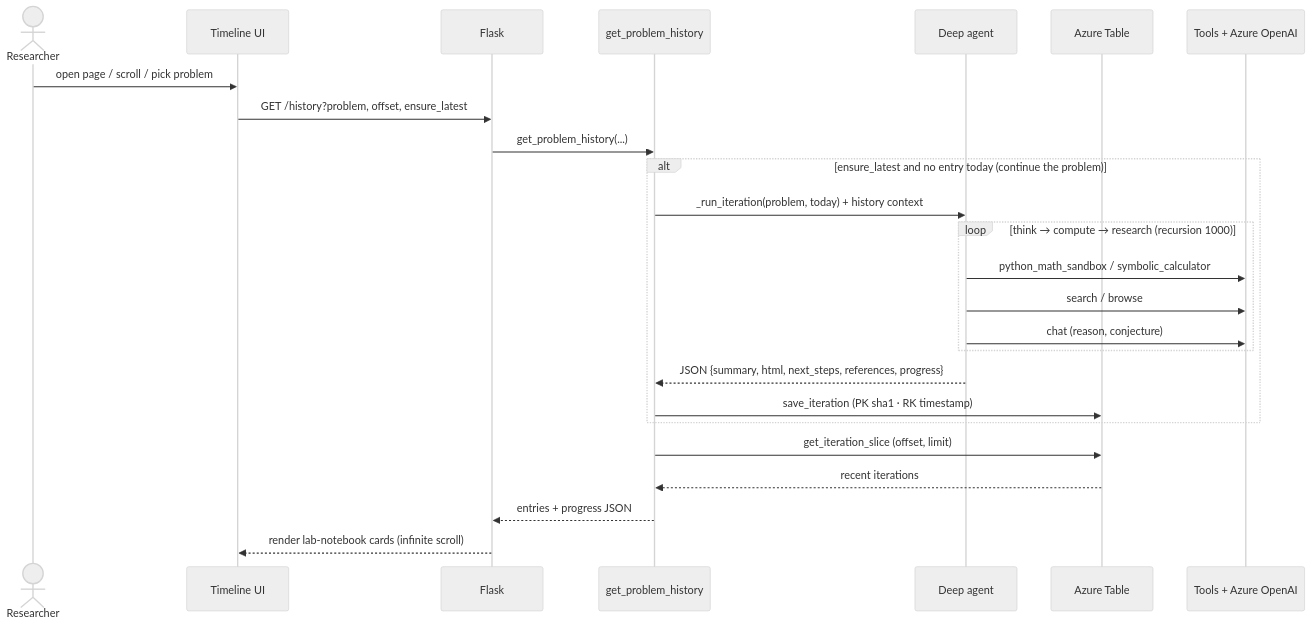
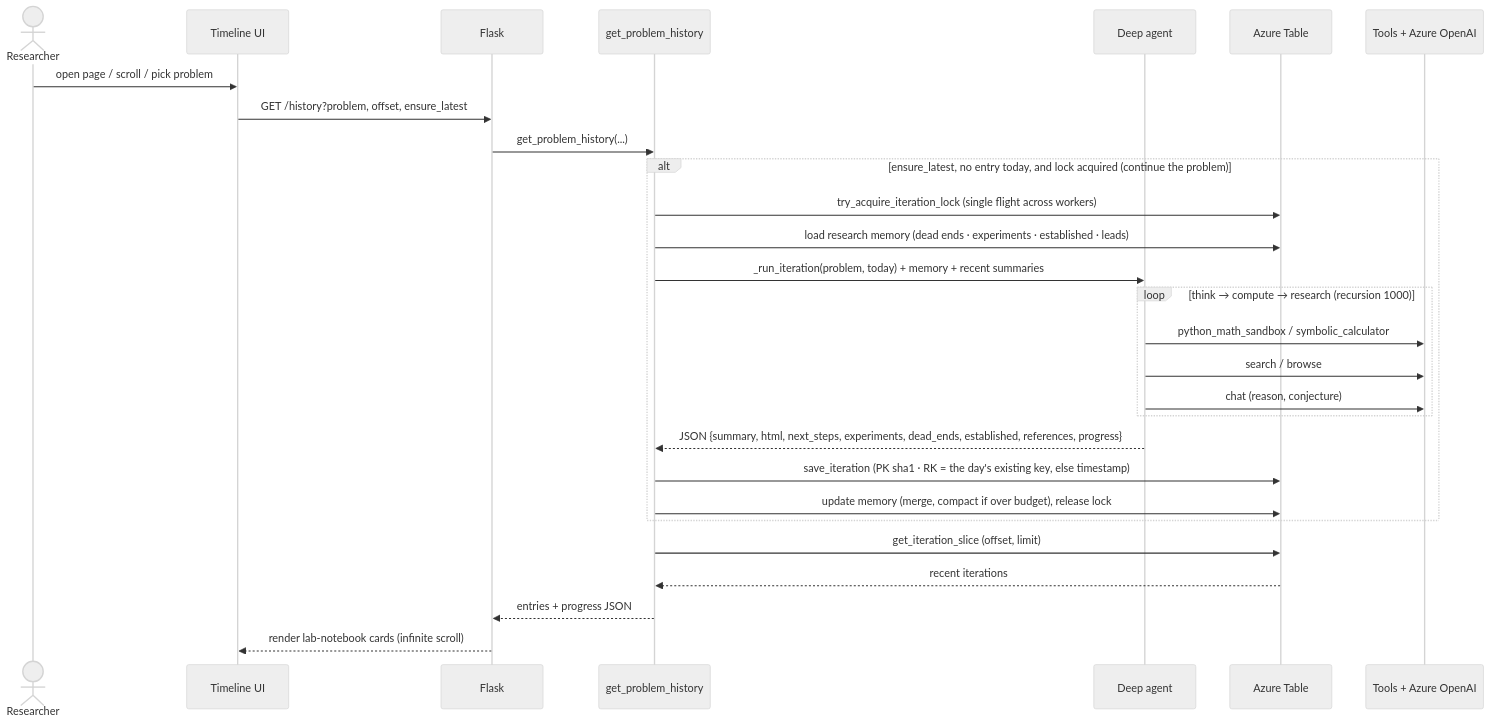
Before and after one commit to abozaralizadeh/SandBox: the second of 2 diagrams in AIOpenProblemSolver/architecture.md, drawn with Mermaid (neutral theme). The commit also changed other lines of this file and 5 other files, not shown here.

First line of the commit message:
Add research memory and iteration lock

````diff
--- a/AIOpenProblemSolver/architecture.md
+++ b/AIOpenProblemSolver/architecture.md
@@ -83,28 +85,31 @@
 ```mermaid
 sequenceDiagram
     actor U as Researcher
     participant UI as Timeline UI
     participant API as Flask
     participant P as get_problem_history
     participant AG as Deep agent
     participant T as Azure Table
     participant X as Tools + Azure OpenAI
 
     U->>UI: open page / scroll / pick problem
     UI->>API: GET /history?problem, offset, ensure_latest
     API->>P: get_problem_history(...)
-    alt ensure_latest and no entry today (continue the problem)
-        P->>AG: _run_iteration(problem, today) + history context
+    alt ensure_latest, no entry today, and lock acquired (continue the problem)
+        P->>T: try_acquire_iteration_lock (single flight across workers)
+        P->>T: load research memory (dead ends · experiments · established · leads)
+        P->>AG: _run_iteration(problem, today) + memory + recent summaries
         loop think → compute → research (recursion 1000)
             AG->>X: python_math_sandbox / symbolic_calculator
             AG->>X: search / browse
             AG->>X: chat (reason, conjecture)
         end
-        AG-->>P: JSON {summary, html, next_steps, references, progress}
-        P->>T: save_iteration (PK sha1 · RK timestamp)
+        AG-->>P: JSON {summary, html, next_steps, experiments, dead_ends, established, references, progress}
+        P->>T: save_iteration (PK sha1 · RK = the day's existing key, else timestamp)
+        P->>T: update memory (merge, compact if over budget), release lock
     end
     P->>T: get_iteration_slice (offset, limit)
     T-->>P: recent iterations
     P-->>API: entries + progress JSON
     API-->>UI: render lab-notebook cards (infinite scroll)
 ```
````
